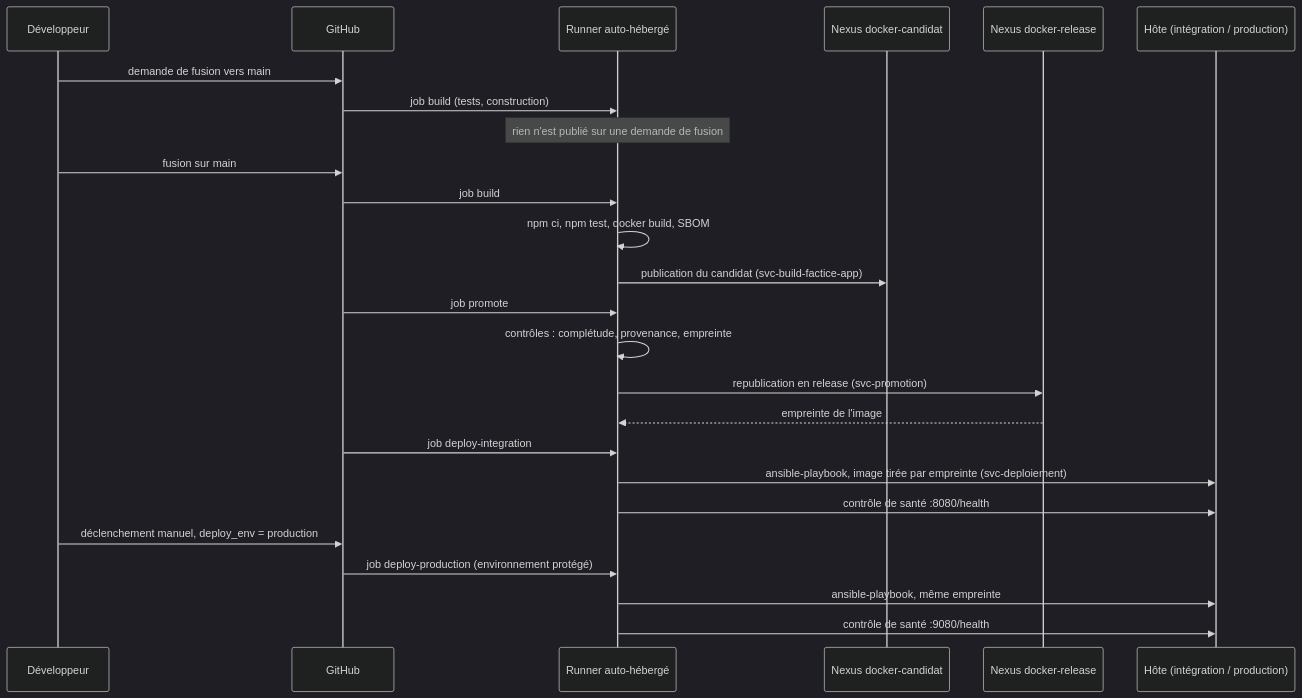
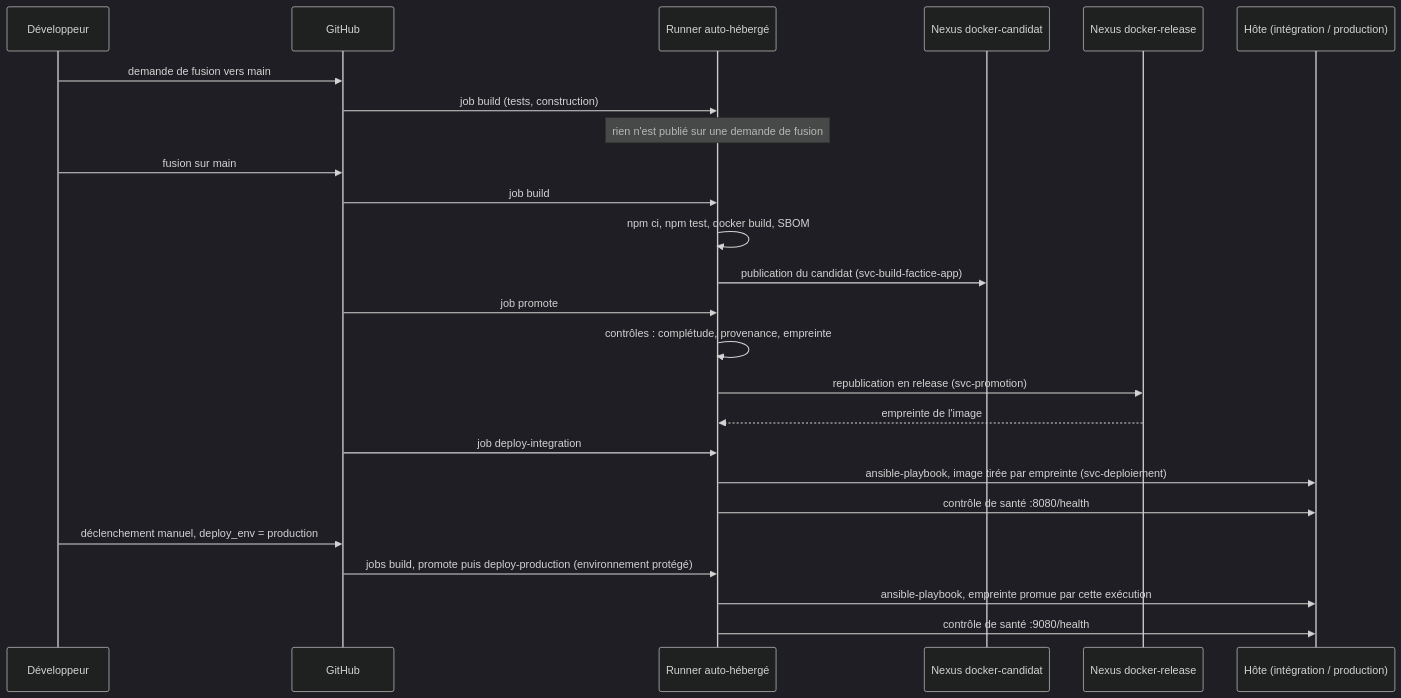
One commit to logo-solutions/factice changed the first of 2 diagrams in Docs/2-pipeline-livraison/ci-cd/pipeline-build-promotion.md. Above: the diagram before and after it, drawn with Mermaid (dark theme). The commit also changed other lines of this file and 24 other files, not shown here.

````diff
--- a/Docs/2-pipeline-livraison/ci-cd/pipeline-build-promotion.md
+++ b/Docs/2-pipeline-livraison/ci-cd/pipeline-build-promotion.md
@@ -7,28 +7,28 @@
 ```mermaid
 sequenceDiagram
     participant Dev as Développeur
     participant GH as GitHub
     participant R as Runner auto-hébergé
     participant NC as Nexus docker-candidat
     participant NR as Nexus docker-release
     participant H as Hôte (intégration / production)
 
     Dev->>GH: demande de fusion vers main
     GH->>R: job build (tests, construction)
     Note over R: rien n'est publié sur une demande de fusion
     Dev->>GH: fusion sur main
     GH->>R: job build
     R->>R: npm ci, npm test, docker build, SBOM
     R->>NC: publication du candidat (svc-build-factice-app)
     GH->>R: job promote
     R->>R: contrôles : complétude, provenance, empreinte
     R->>NR: republication en release (svc-promotion)
     NR-->>R: empreinte de l'image
     GH->>R: job deploy-integration
     R->>H: ansible-playbook, image tirée par empreinte (svc-deploiement)
     R->>H: contrôle de santé :8080/health
     Dev->>GH: déclenchement manuel, deploy_env = production
-    GH->>R: job deploy-production (environnement protégé)
-    R->>H: ansible-playbook, même empreinte
+    GH->>R: jobs build, promote puis deploy-production (environnement protégé)
+    R->>H: ansible-playbook, empreinte promue par cette exécution
     R->>H: contrôle de santé :9080/health
 ```
````
